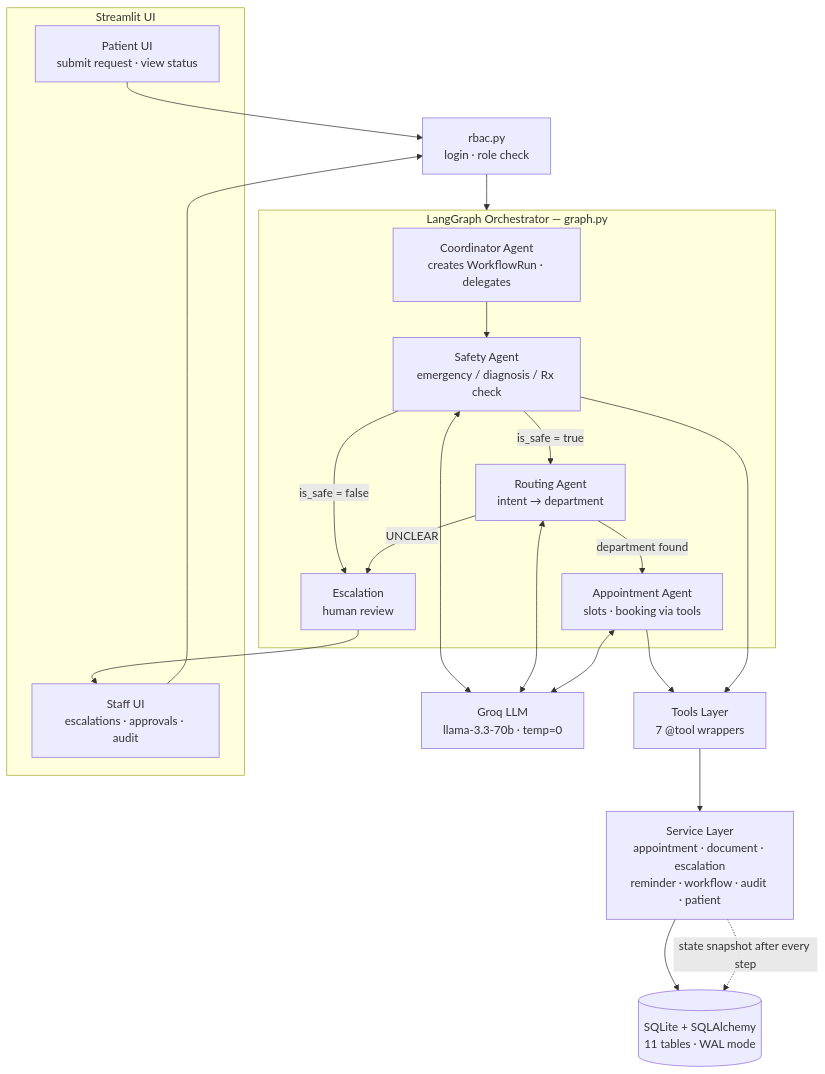
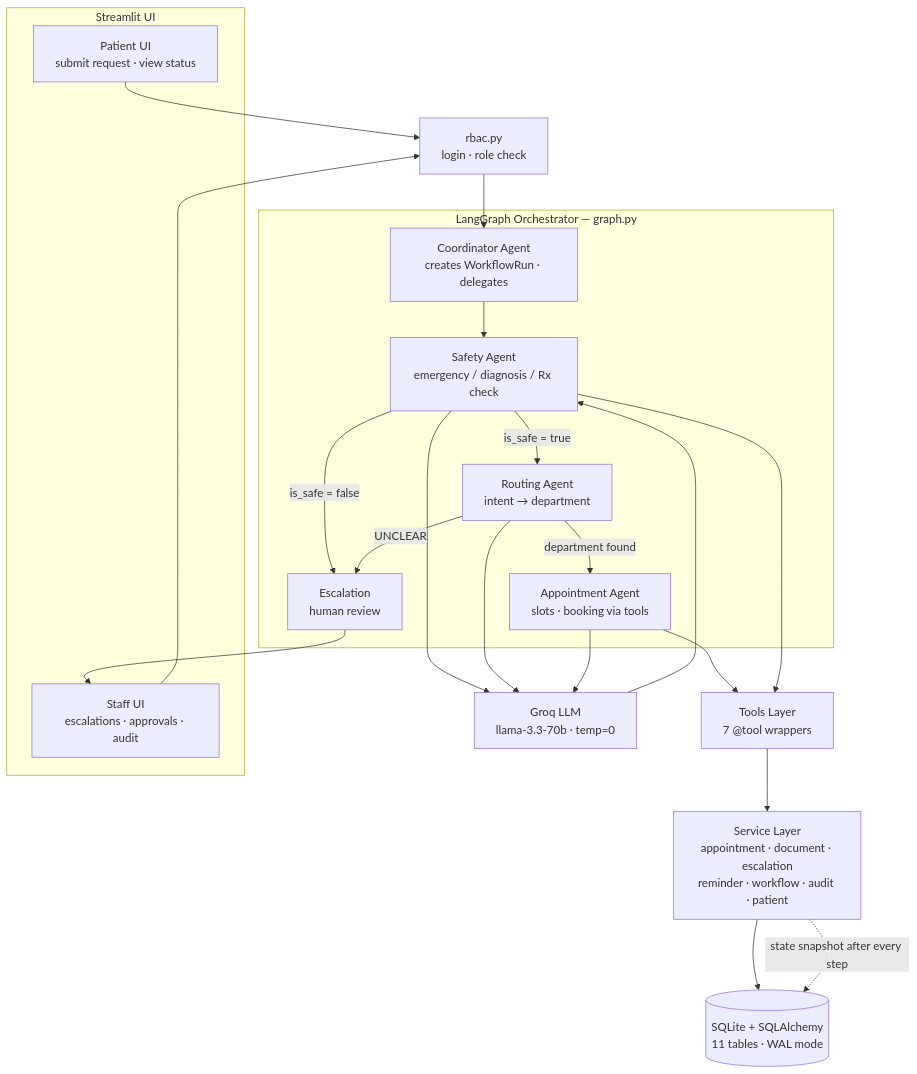
One commit to lavanyamdata/agentcare changed the diagram in README.md. Above: the diagram before and after it, drawn with Mermaid.

Commit message:
fix mermaid rendering on GitHub

````diff
--- a/README.md
+++ b/README.md
@@ -21,36 +21,37 @@
 ```mermaid
 flowchart TD
     subgraph UI["Streamlit UI"]
         P[Patient UI<br/>submit request · view status]
         S[Staff UI<br/>escalations · approvals · audit]
     end
 
     P --> AUTH[rbac.py<br/>login · role check]
     S --> AUTH
-    AUTH --> GRAPH
 
-    subgraph GRAPH["LangGraph Orchestrator — graph.py"]
+    subgraph ORCH["LangGraph Orchestrator — graph.py"]
         C[Coordinator Agent<br/>creates WorkflowRun · delegates]
         SA[Safety Agent<br/>emergency / diagnosis / Rx check]
         RA[Routing Agent<br/>intent → department]
         AA[Appointment Agent<br/>slots · booking via tools]
         C --> SA
         SA -->|is_safe = true| RA
         SA -->|is_safe = false| ESC[Escalation<br/>human review]
         RA -->|department found| AA
         RA -->|UNCLEAR| ESC
     end
 
+    AUTH --> C
     AA --> TOOLS[Tools Layer<br/>7 @tool wrappers]
     SA --> TOOLS
     TOOLS --> SVC[Service Layer<br/>appointment · document · escalation<br/>reminder · workflow · audit · patient]
     SVC --> DB[(SQLite + SQLAlchemy<br/>11 tables · WAL mode)]
 
     SVC -.state snapshot after every step.-> DB
     ESC --> S
 
     LLM[Groq LLM<br/>llama-3.3-70b · temp=0]
-    SA <--> LLM
-    RA <--> LLM
-    AA <--> LLM
+    SA --> LLM
+    RA --> LLM
+    AA --> LLM
+    LLM --> SA
 ```
````
